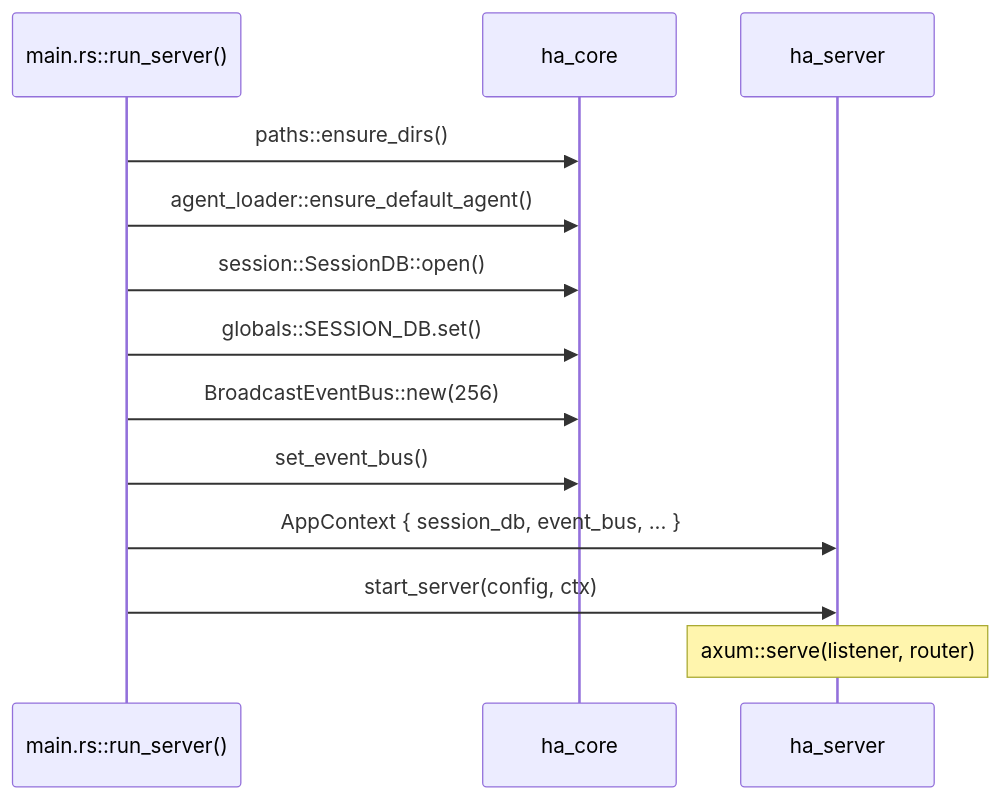
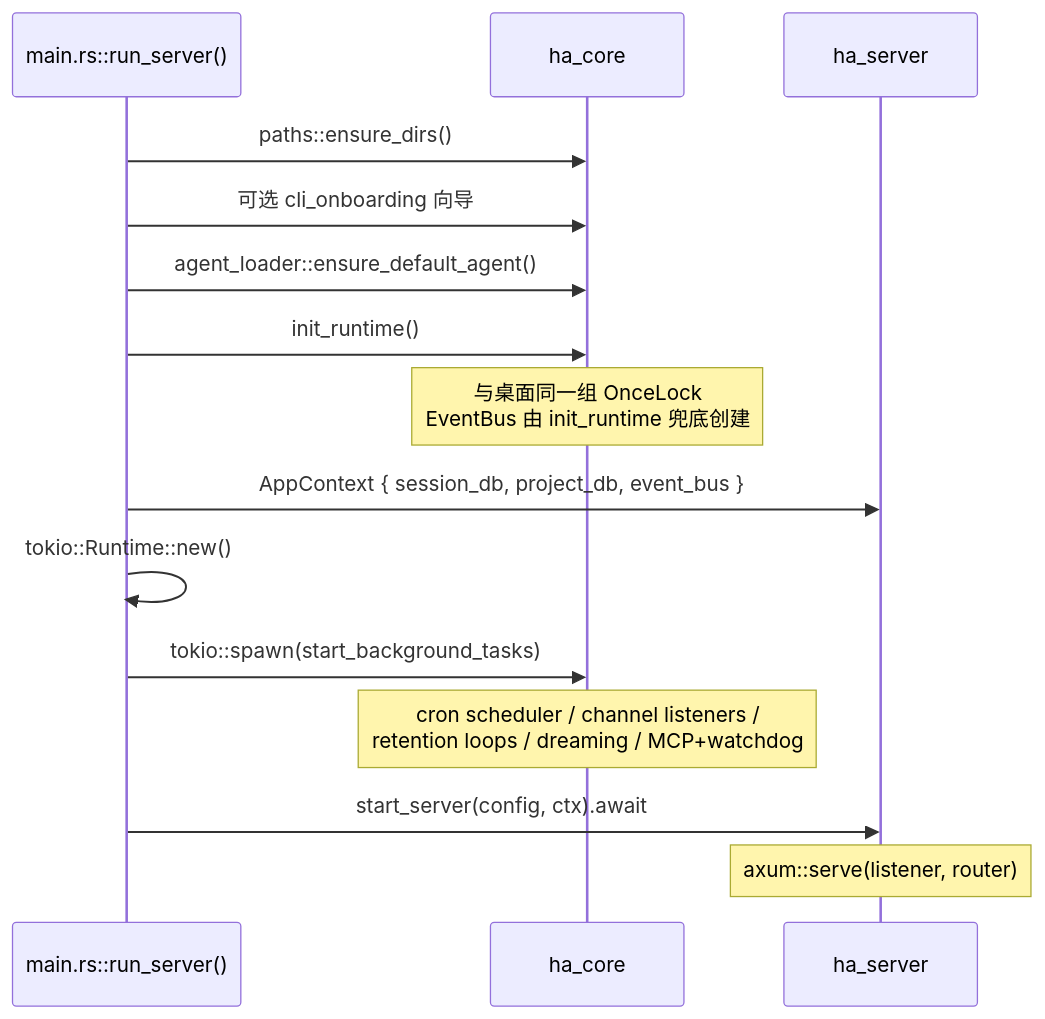
One commit to shiwenwen/hope-agent changed the sixth of 9 diagrams in docs/architecture/backend-separation.md. Above: the diagram before and after it, drawn with Mermaid. The commit also changed other lines of this file and 2 other files, not shown here.

First line of the commit message:
docs: align process-model + backend-separation with new init split

````diff
--- a/docs/architecture/backend-separation.md
+++ b/docs/architecture/backend-separation.md
@@ -311,16 +317,18 @@
 ```mermaid
 sequenceDiagram
     participant Main as main.rs::run_server()
     participant Core as ha_core
     participant Server as ha_server
 
     Main->>Core: paths::ensure_dirs()
+    Main->>Core: 可选 cli_onboarding 向导
     Main->>Core: agent_loader::ensure_default_agent()
-    Main->>Core: session::SessionDB::open()
-    Main->>Core: globals::SESSION_DB.set()
-    Main->>Core: BroadcastEventBus::new(256)
-    Main->>Core: set_event_bus()
-    Main->>Server: AppContext { session_db, event_bus, ... }
-    Main->>Server: start_server(config, ctx)
+    Main->>Core: init_runtime()
+    Note over Core: 与桌面同一组 OnceLock<br/>EventBus 由 init_runtime 兜底创建
+    Main->>Server: AppContext { session_db, project_db, event_bus }
+    Main->>Main: tokio::Runtime::new()
+    Main->>Core: tokio::spawn(start_background_tasks)
+    Note over Core: cron scheduler / channel listeners /<br/>retention loops / dreaming / MCP+watchdog
+    Main->>Server: start_server(config, ctx).await
     Note over Server: axum::serve(listener, router)
 ```
````
